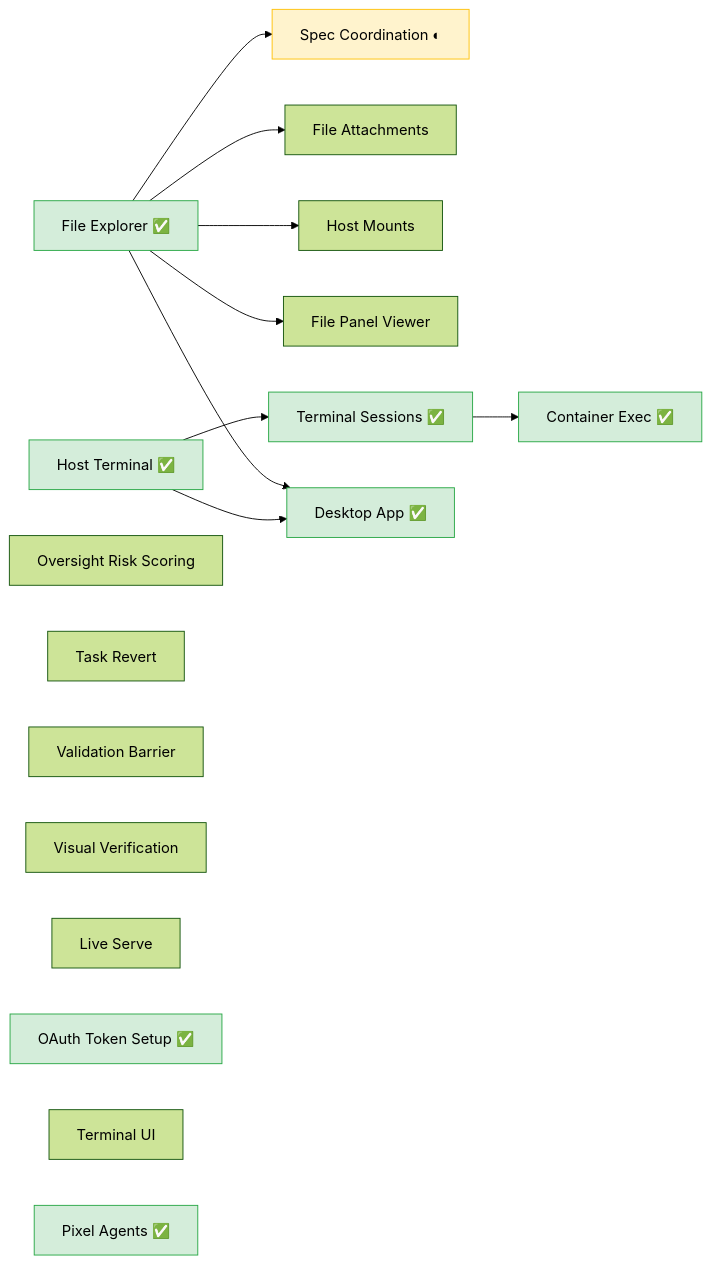
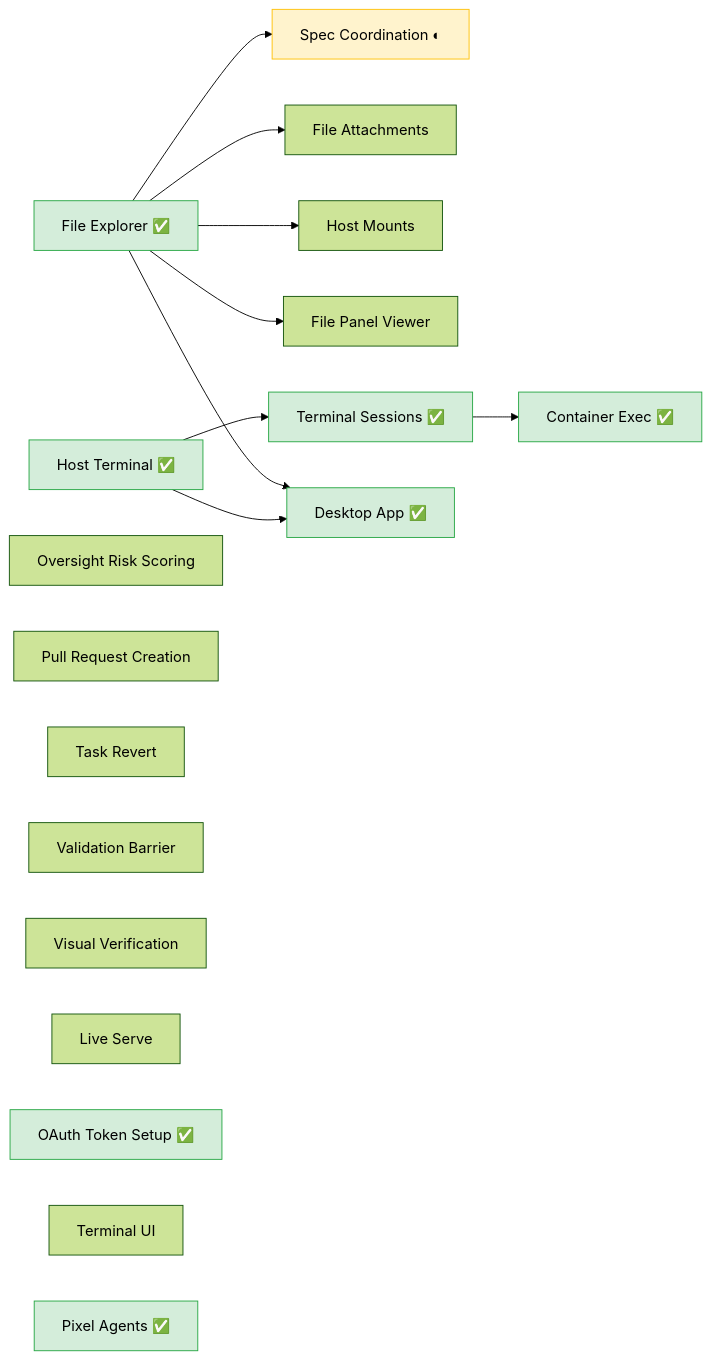
The first of 3 diagrams in specs/README.md (changkun/wallfacer), drawn with Mermaid (forest theme) before and after one commit. The commit also changed other lines of this file and 1 other file, not shown here.

Commit message:
specs: add pull request creation spec (agent-generated PR from branch)

````diff
--- a/specs/README.md
+++ b/specs/README.md
@@ -81,28 +83,29 @@
 ```mermaid
 graph LR
   FE[File Explorer ✅] --> SC[Spec Coordination ◐]
   FE --> FA[File Attachments]
   FE --> HM[Host Mounts]
   FE --> FPV[File Panel Viewer]
   HT[Host Terminal ✅] --> TS[Terminal Sessions ✅] --> CE[Container Exec ✅]
   FE --> DA[Desktop App ✅]
   HT --> DA
 
   ORS[Oversight Risk Scoring]
+  PR[Pull Request Creation]
   TR[Task Revert]
   VB[Validation Barrier]
   VV[Visual Verification]
   LS[Live Serve]
   OTS[OAuth Token Setup ✅]
   TUI[Terminal UI]
   PA[Pixel Agents ✅]
 
   style FE fill:#d4edda,stroke:#28a745
   style HT fill:#d4edda,stroke:#28a745
   style TS fill:#d4edda,stroke:#28a745
   style CE fill:#d4edda,stroke:#28a745
   style DA fill:#d4edda,stroke:#28a745
   style OTS fill:#d4edda,stroke:#28a745
   style PA fill:#d4edda,stroke:#28a745
   style SC fill:#fff3cd,stroke:#ffc107
 ```
````
